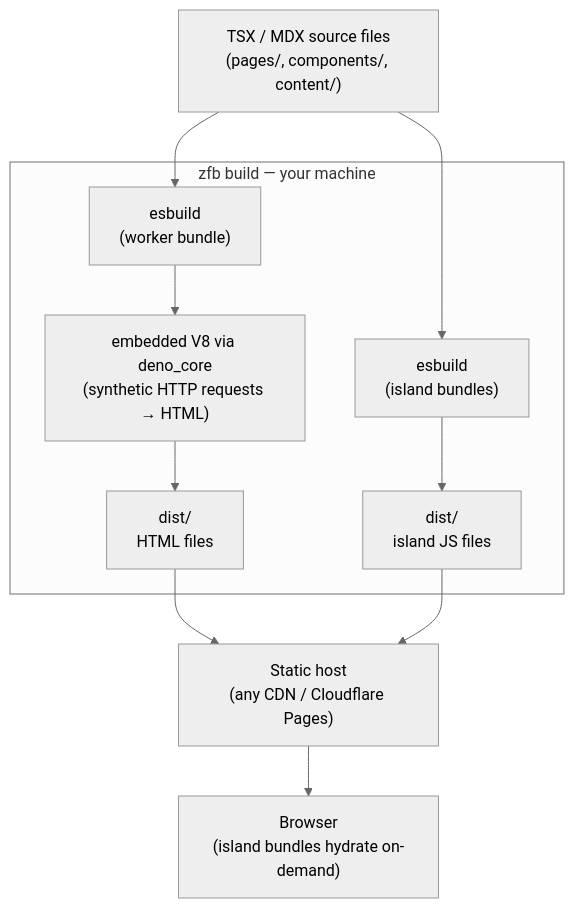
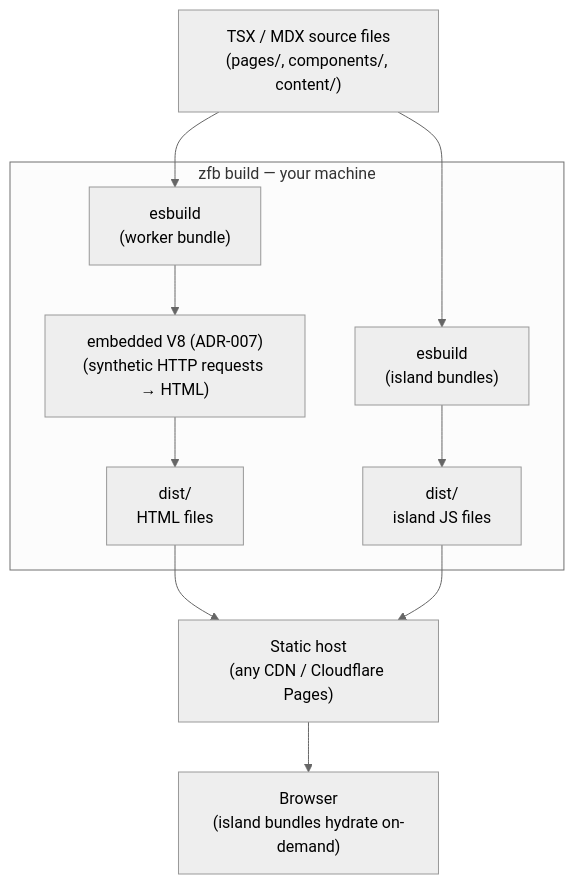
The diagram in docs/src/content/docs/concepts/architecture-overview.mdx (Takazudo/zudo-front-builder), drawn with Mermaid (neutral theme) before and after one commit. The commit also changed other lines of this file and 11 other files, not shown here.

````diff
--- a/docs/src/content/docs/concepts/architecture-overview.mdx
+++ b/docs/src/content/docs/concepts/architecture-overview.mdx
@@ -60,26 +60,26 @@
 ```mermaid
 flowchart TD
     src["TSX / MDX source files\n(pages/, components/, content/)"]
 
     subgraph build["zfb build — your machine"]
         esbuild_worker["esbuild\n(worker bundle)"]
-        v8["embedded V8 via deno_core\n(synthetic HTTP requests → HTML)"]
+        v8["embedded V8 (ADR-007)\n(synthetic HTTP requests → HTML)"]
         esbuild_islands["esbuild\n(island bundles)"]
         dist_html["dist/\nHTML files"]
         dist_js["dist/\nisland JS files"]
     end
 
     deploy["Static host\n(any CDN / Cloudflare Pages)"]
     browser["Browser\n(island bundles hydrate on-demand)"]
 
     src --> esbuild_worker
     esbuild_worker --> v8
     v8 --> dist_html
 
     src --> esbuild_islands
     esbuild_islands --> dist_js
 
     dist_html --> deploy
     dist_js --> deploy
     deploy --> browser
 ```
````
